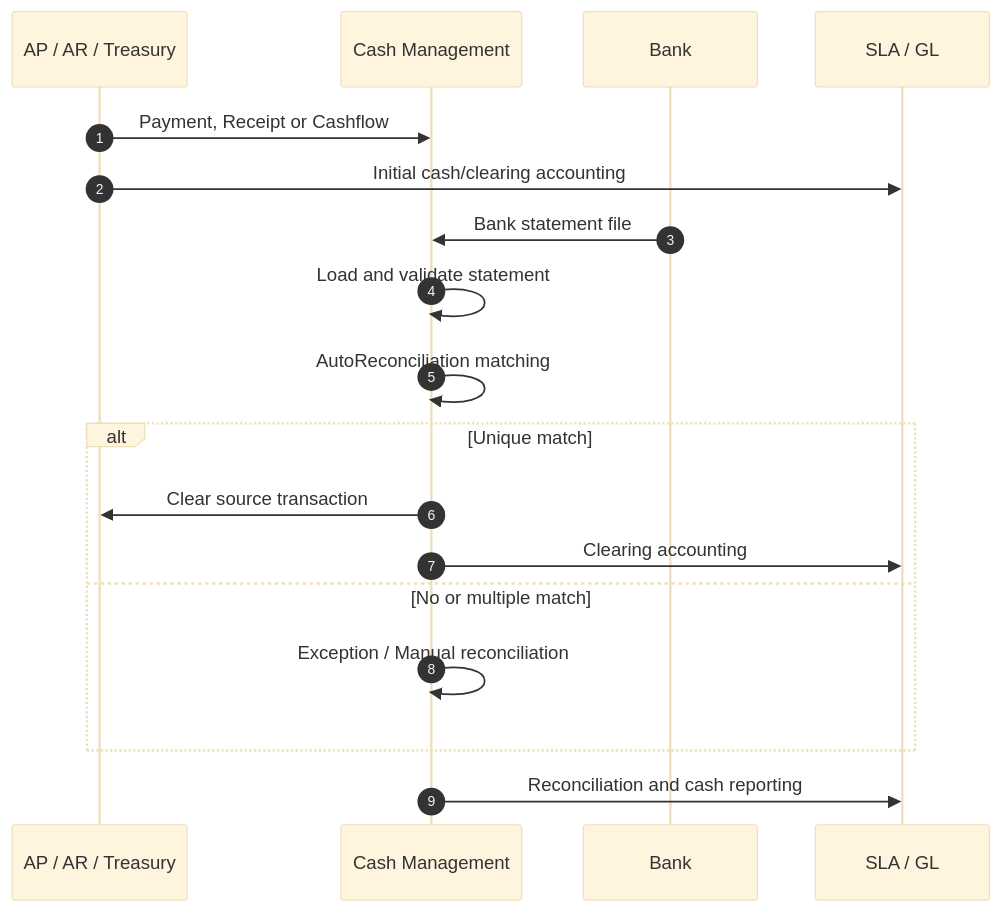
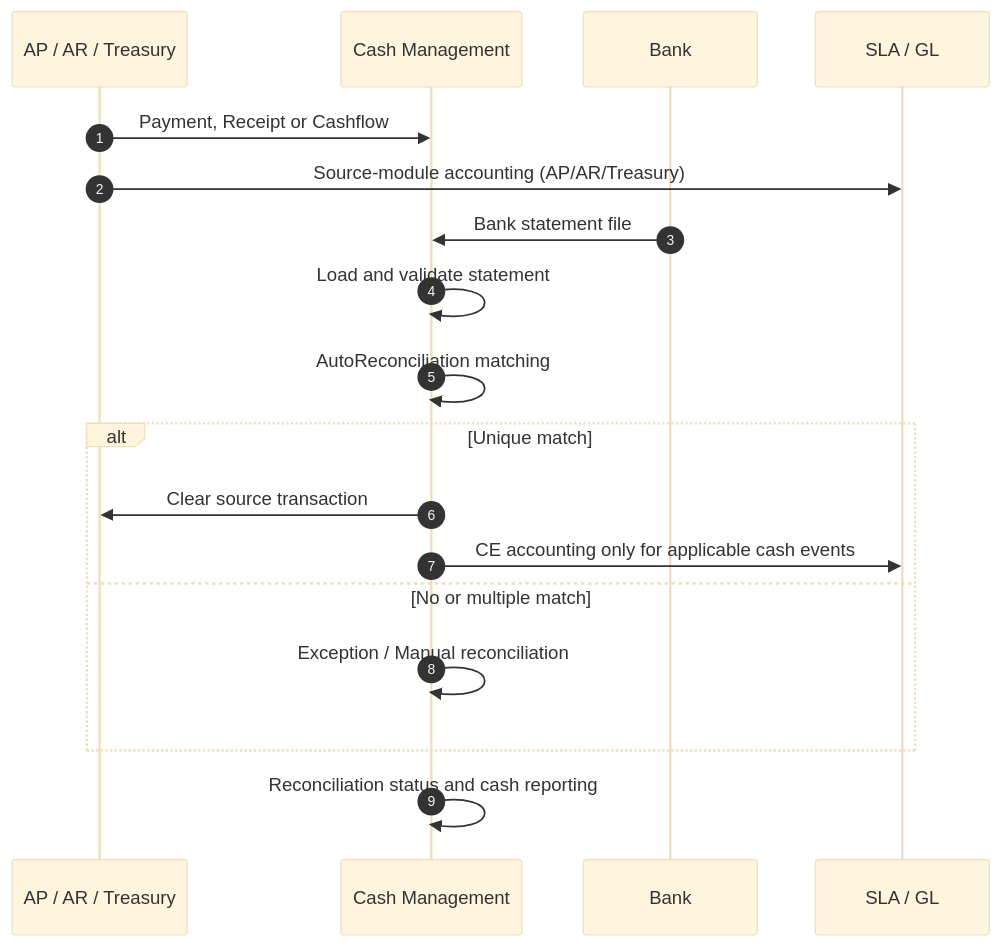
One commit to YaodongJava/oracle-ebs changed the third of 5 diagrams in docs/06-cash-tax.md. Above: the diagram before and after it, drawn with Mermaid (base theme). The commit also changed other lines of this file and 25 other files, not shown here.

````diff
--- a/docs/06-cash-tax.md
+++ b/docs/06-cash-tax.md
@@ -69,21 +130,21 @@
 ```mermaid
 sequenceDiagram
     autonumber
     participant APAR as AP / AR / Treasury
     participant CE as Cash Management
     participant BANK as Bank
     participant SLA as SLA / GL
 
     APAR->>CE: Payment, Receipt or Cashflow
-    APAR->>SLA: Initial cash/clearing accounting
+    APAR->>SLA: Source-module accounting (AP/AR/Treasury)
     BANK->>CE: Bank statement file
     CE->>CE: Load and validate statement
     CE->>CE: AutoReconciliation matching
     alt Unique match
         CE->>APAR: Clear source transaction
-        CE->>SLA: Clearing accounting
+    CE->>SLA: CE accounting only for applicable cash events
     else No or multiple match
         CE->>CE: Exception / Manual reconciliation
     end
-    CE->>SLA: Reconciliation and cash reporting
+    CE->>CE: Reconciliation status and cash reporting
 ```
````
